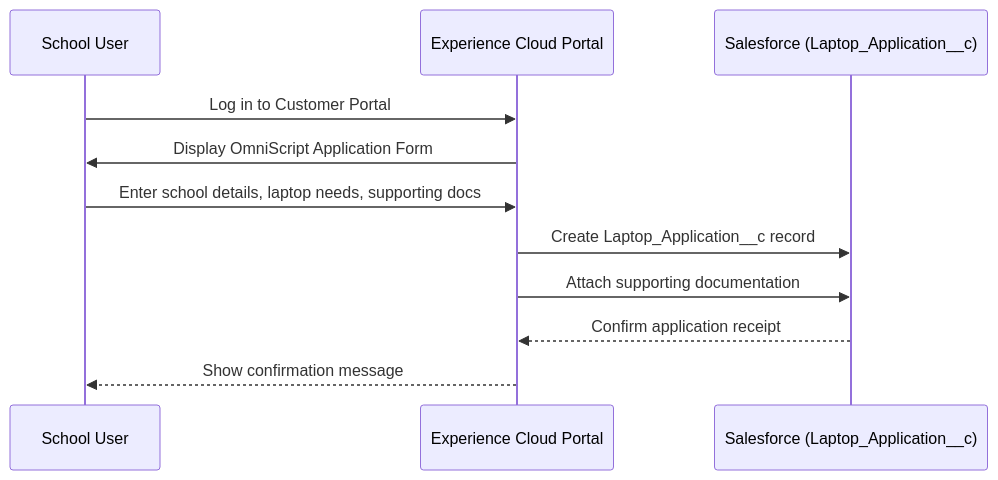
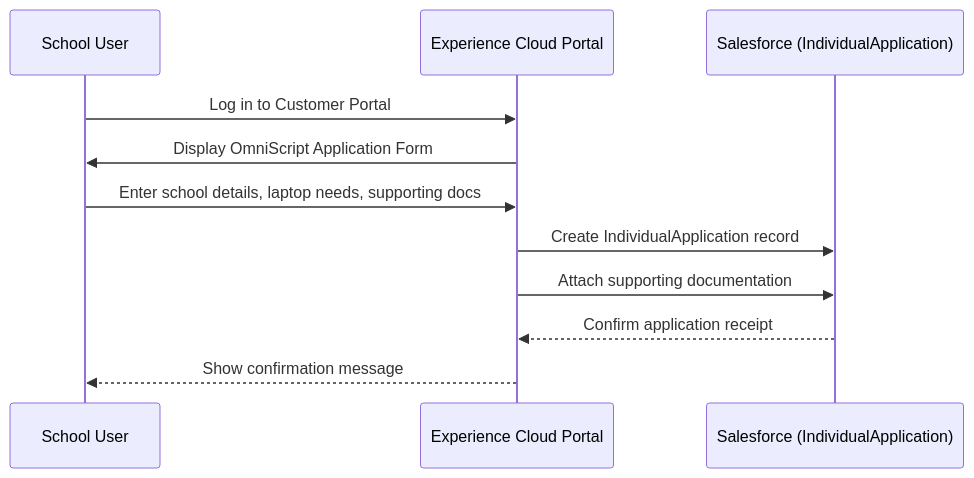
Before and after one commit to matthew-zolp/Laptops2Schools: the diagram in BusinessProcessFlowDiagrams/L2S_Step_1_School_Laptop_Application.md, drawn with Mermaid.

Commit message:
Switch to IndividualApplication

````diff
--- a/BusinessProcessFlowDiagrams/L2S_Step_1_School_Laptop_Application.md
+++ b/BusinessProcessFlowDiagrams/L2S_Step_1_School_Laptop_Application.md
@@ -1,14 +1,14 @@
 ```mermaid
 sequenceDiagram
     participant School as School User
     participant Portal as Experience Cloud Portal
-    participant SF as Salesforce (Laptop_Application__c)
+    participant SF as Salesforce (IndividualApplication)
 
     School->>Portal: Log in to Customer Portal
     Portal->>School: Display OmniScript Application Form
     School->>Portal: Enter school details, laptop needs, supporting docs
-    Portal->>SF: Create Laptop_Application__c record
+    Portal->>SF: Create IndividualApplication record
     Portal->>SF: Attach supporting documentation
     SF-->>Portal: Confirm application receipt
     Portal-->>School: Show confirmation message
 ```
````
